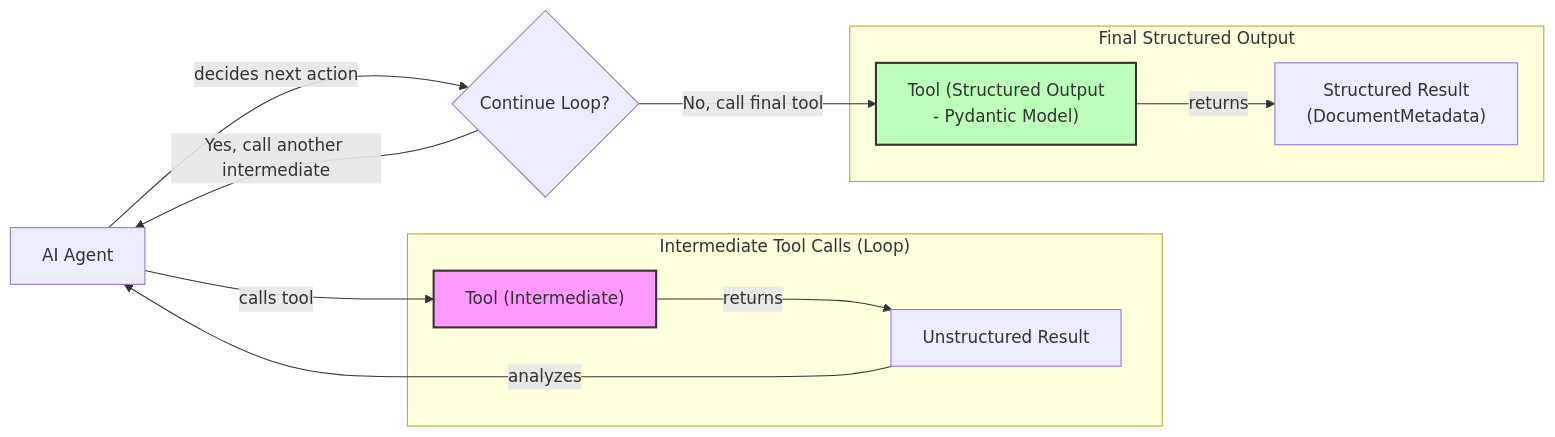
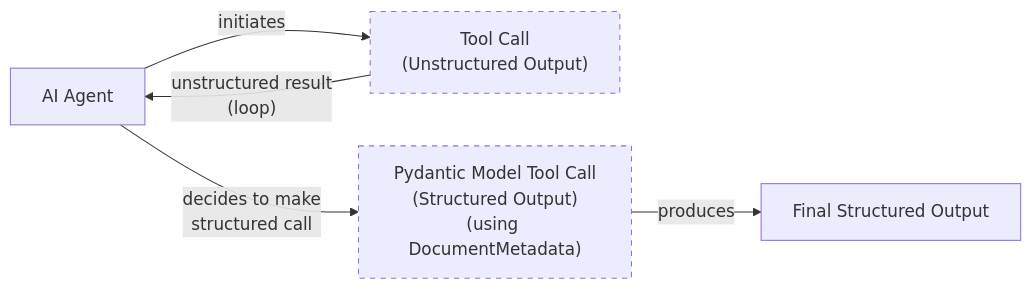
The second of 3 diagrams in RL_researcher_writer_ymaxing/rl_training_data/noise_experiment/06_tools__var_standard__replicate2__preset0/article_000.md (YMaXing/Research-Agent-reinforced-by-RL), drawn with Mermaid before and after one commit. The commit also changed other lines of this file and 4528 other files, not shown here.

````diff
--- a/RL_researcher_writer_ymaxing/rl_training_data/noise_experiment/06_tools__var_standard__replicate2__preset0/article_000.md
+++ b/RL_researcher_writer_ymaxing/rl_training_data/noise_experiment/06_tools__var_standard__replicate2__preset0/article_000.md
@@ -605,37 +646,15 @@
 ```mermaid
 flowchart LR
-  %% AI Agent initiates the process
-  A["AI Agent"]
+    A["AI Agent"]
+    B["Tool Call<br/>(Unstructured Output)"]
+    C["Pydantic Model Tool Call<br/>(Structured Output)<br/>(using DocumentMetadata)"]
+    D["Final Structured Output"]
 
-  %% Intermediate Tool Call Loop
-  subgraph "Intermediate Tool Calls (Loop)"
-    T_INT["Tool (Intermediate)"]
-    R_UNSTR["Unstructured Result"]
-  end
+    A -- "initiates" --> B
+    B -- "unstructured result<br/>(loop)" --> A
+    A -- "decides to make<br/>structured call" --> C
+    C -- "produces" --> D
 
-  %% Decision Point
-  DEC{"Continue Loop?"}
-
-  %% Structured Output Tool Call
-  subgraph "Final Structured Output"
-    T_STR["Tool (Structured Output<br/>- Pydantic Model)"]
-    R_STR["Structured Result<br/>(DocumentMetadata)"]
-  end
-
-  %% Flow connections
-  A -- "calls tool" --> T_INT
-  T_INT -- "returns" --> R_UNSTR
-  R_UNSTR -- "analyzes" --> A
-  A -- "decides next action" --> DEC
-
-  DEC -- "Yes, call another intermediate" --> A
-  DEC -- "No, call final tool" --> T_STR
-
-  T_STR -- "returns" --> R_STR
-
-  %% Visual differentiation
-  classDef intermediate_tool fill:#f9f,stroke:#333,stroke-width:2px
-  classDef structured_tool fill:#bfb,stroke:#333,stroke-width:2px
-  class T_INT intermediate_tool
-  class T_STR structured_tool
+    classDef tool stroke-dasharray: 5, 5
+    class B,C tool
 ```
````
